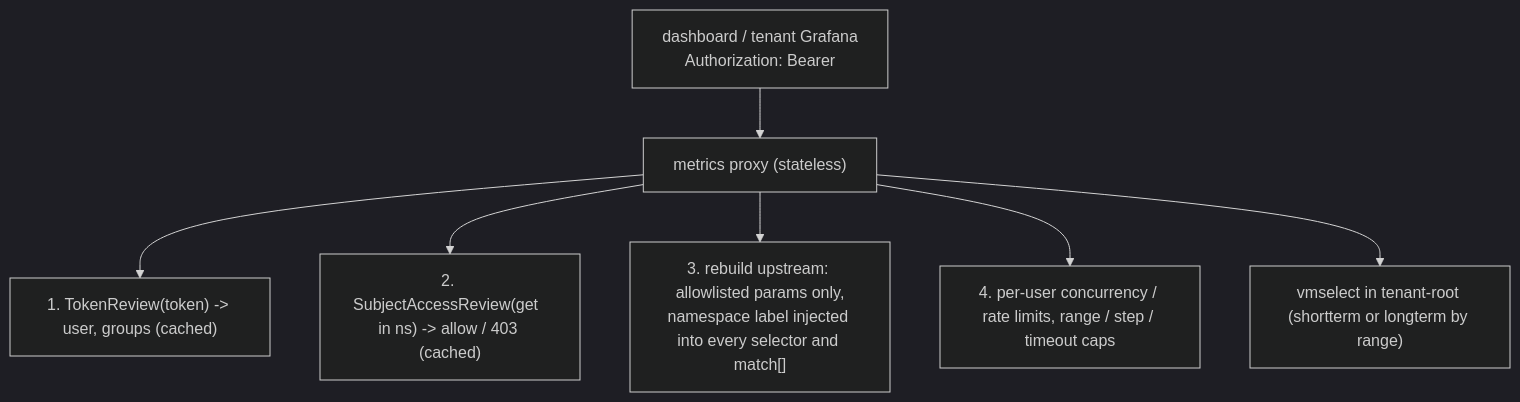
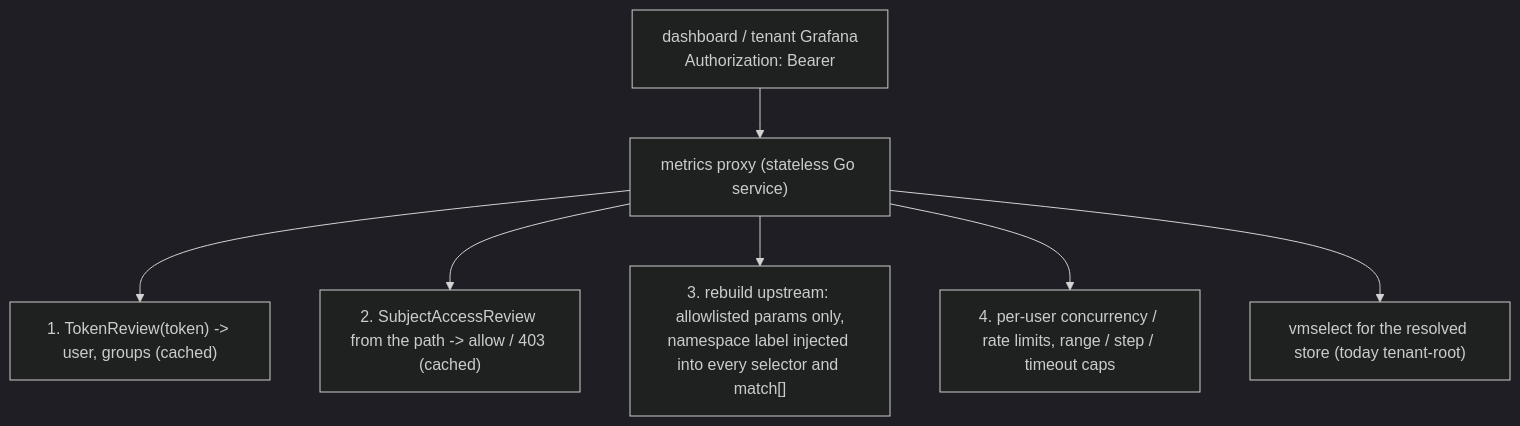
One commit to cozystack/community changed the diagram in design-proposals/tenant-resource-metrics-api/README.md. Above: the diagram before and after it, drawn with Mermaid (dark theme). The commit also changed other lines of this file, not shown here.

First line of the commit message:
docs(tenant-resource-metrics-api): mirror Kubernetes paths and RBAC, drop the new API group

````diff
--- a/design-proposals/tenant-resource-metrics-api/README.md
+++ b/design-proposals/tenant-resource-metrics-api/README.md
@@ -72,9 +70,9 @@
 ```mermaid
 flowchart TD
-  UI["dashboard / tenant Grafana<br/>Authorization: Bearer <same kube token>"] --> P["metrics proxy (stateless)"]
+  UI["dashboard / tenant Grafana<br/>Authorization: Bearer <same kube token>"] --> P["metrics proxy (stateless Go service)"]
   P --> T["1. TokenReview(token) -> user, groups (cached)"]
-  P --> S["2. SubjectAccessReview(get <virtual resource> in ns) -> allow / 403 (cached)"]
+  P --> S["2. SubjectAccessReview from the path -> allow / 403 (cached)"]
   P --> R["3. rebuild upstream: allowlisted params only,<br/>namespace label injected into every selector and match[]"]
   P --> L["4. per-user concurrency / rate limits, range / step / timeout caps"]
-  P --> VS["vmselect in tenant-root (shortterm or longterm by range)"]
+  P --> VS["vmselect for the resolved store (today tenant-root)"]
 ```
````
